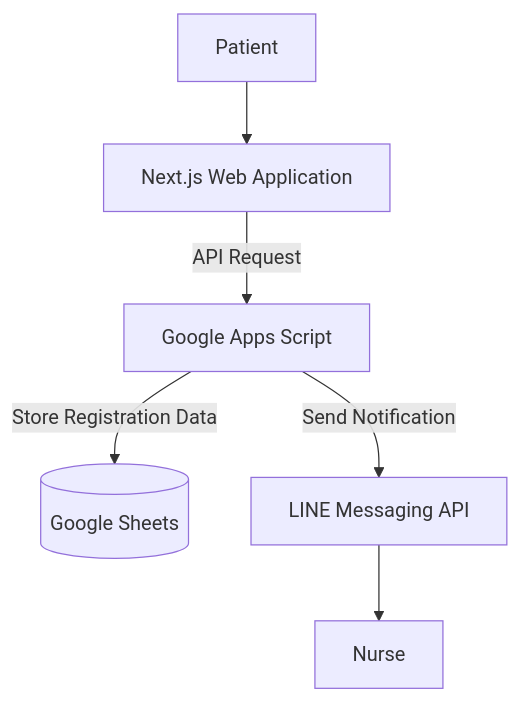
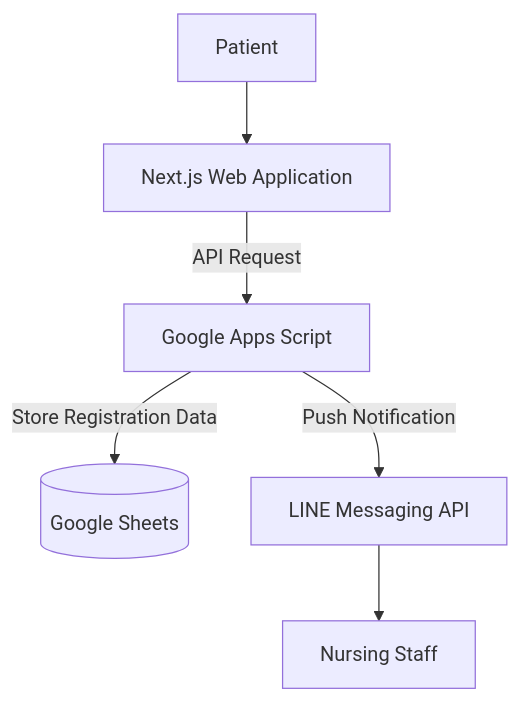
One commit to ratchanonnoknoy/telemedicine changed the diagram in README.md. Above: the diagram before and after it, drawn with Mermaid. The commit also changed other lines of this file, not shown here.

````diff
--- a/README.md
+++ b/README.md
@@ -7,8 +9,8 @@
 ```mermaid
 flowchart TD
     A[Patient] --> B[Next.js Web Application]
     B -->|API Request| C[Google Apps Script]
     C -->|Store Registration Data| D[(Google Sheets)]
-    C -->|Send Notification| E[LINE Messaging API]
-    E --> F[Nurse]
+    C -->|Push Notification| E[LINE Messaging API]
+    E --> F[Nursing Staff]
 ```
````
